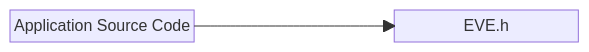
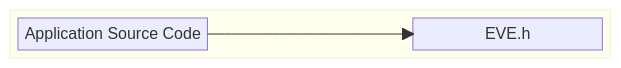
The second of 11 diagrams in README.md (Bridgetek/Eve-MCU-Dev), drawn with Mermaid before and after one commit. The commit also changed other lines of this file, not shown here.

````diff
--- a/README.md
+++ b/README.md
@@ -273,7 +272,9 @@
 ```mermaid
 block
   columns 3
-  A1["Application Source Code"] space B1["EVE.h"]
-
+  block:APPLICATION[" "]:3
+    columns 3
+    A1["Application Source Code"] space B1["EVE.h"]
+  end
   A1 --> B1
 ```
````
